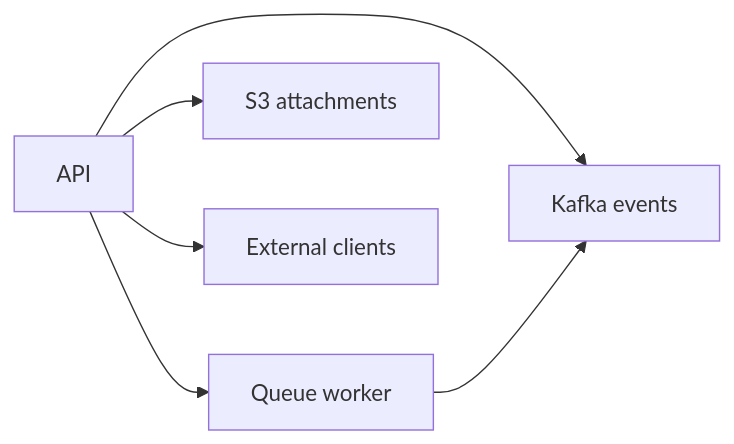
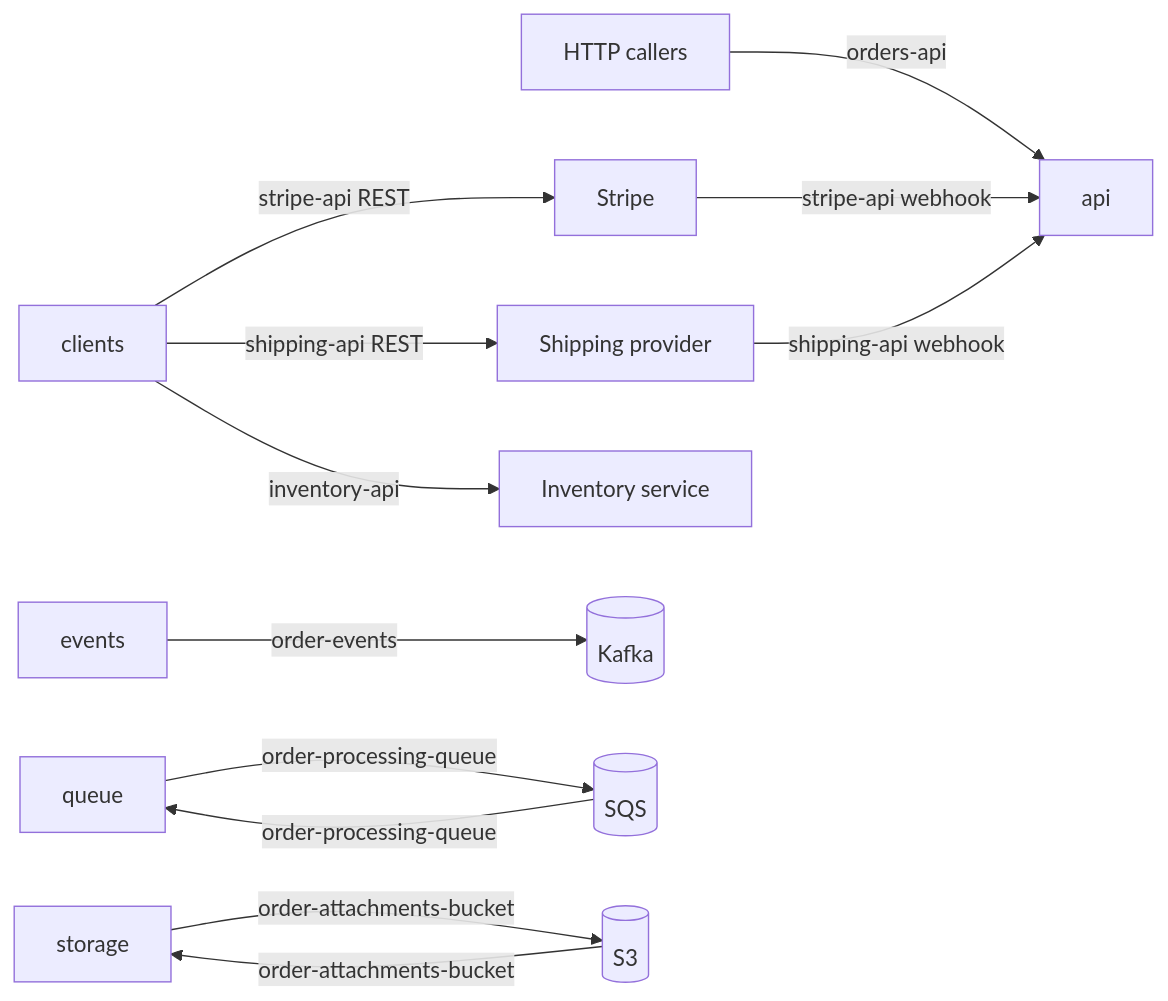
One commit to industrial-curiosity/panopticon-test-child-b changed the diagram in docs/architecture.md. Above: the diagram before and after it, drawn with Mermaid. The commit also changed other lines of this file and 12 other files, not shown here.

````diff
--- a/docs/architecture.md
+++ b/docs/architecture.md
@@ -7,8 +23,14 @@
 ```mermaid
 flowchart LR
-  api[API] --> events[Kafka events]
-  api --> queue[Queue worker]
-  api --> storage[S3 attachments]
-  api --> clients[External clients]
-  queue --> events
+  callers[HTTP callers] -->|orders-api| api[api]
+  stripe[Stripe] -->|stripe-api webhook| api
+  shipping[Shipping provider] -->|shipping-api webhook| api
+  clients[clients] -->|inventory-api| inventory[Inventory service]
+  clients -->|stripe-api REST| stripe
+  clients -->|shipping-api REST| shipping
+  events[events] -->|order-events| kafka[(Kafka)]
+  queue[queue] -->|order-processing-queue| sqs[(SQS)]
+  sqs -->|order-processing-queue| queue
+  storage[storage] -->|order-attachments-bucket| s3[(S3)]
+  s3 -->|order-attachments-bucket| storage
 ```
````
